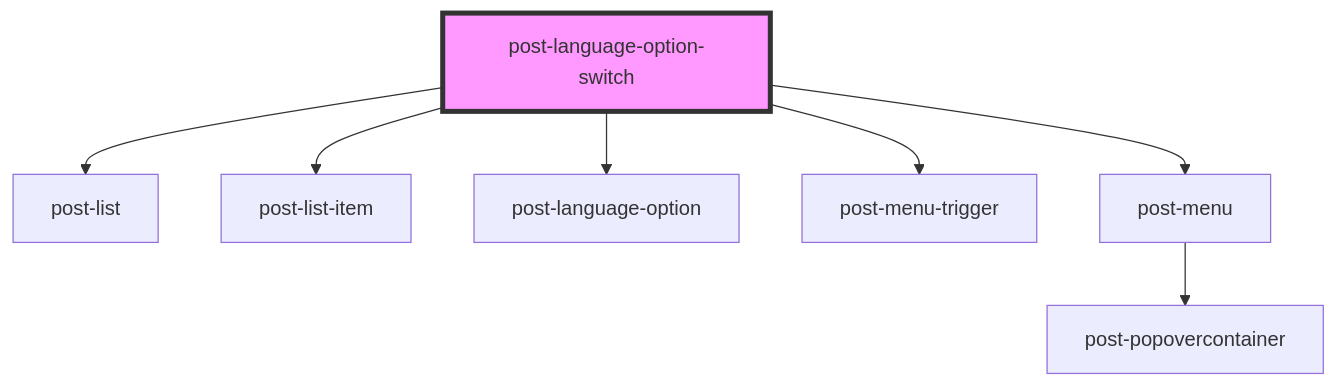
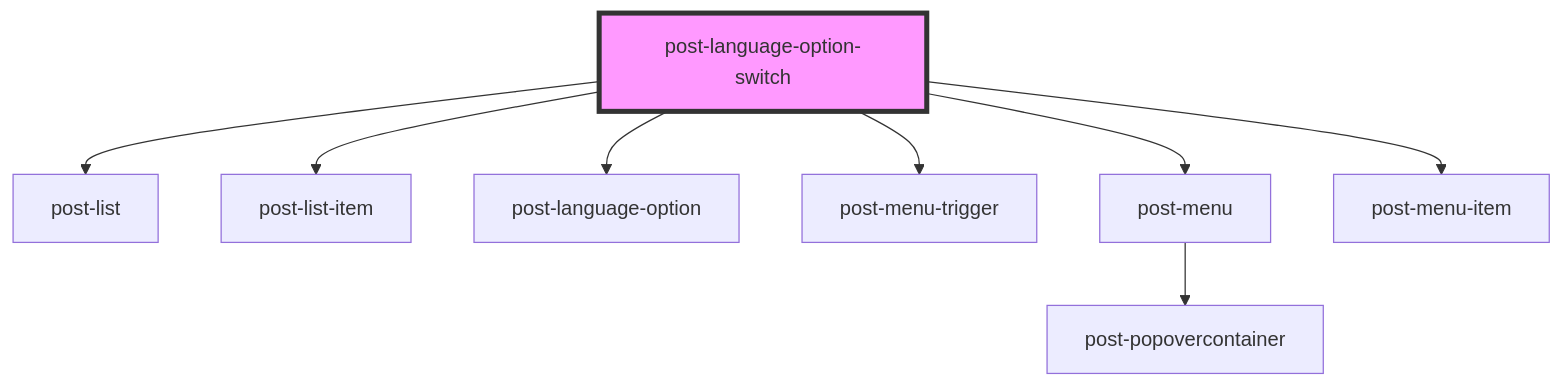
Before and after one commit to swisspost/design-system: the diagram in packages/components/src/components/post-language-option-switch/readme.md, drawn with Mermaid. The commit also changed other lines of this file and 7 other files, not shown here.

````diff
--- a/packages/components/src/components/post-language-option-switch/readme.md
+++ b/packages/components/src/components/post-language-option-switch/readme.md
@@ -27,10 +28,11 @@
 ```mermaid
 graph TD;
   post-language-option-switch --> post-list
   post-language-option-switch --> post-list-item
   post-language-option-switch --> post-language-option
   post-language-option-switch --> post-menu-trigger
   post-language-option-switch --> post-menu
+  post-language-option-switch --> post-menu-item
   post-menu --> post-popovercontainer
   style post-language-option-switch fill:#f9f,stroke:#333,stroke-width:4px
 ```
````
